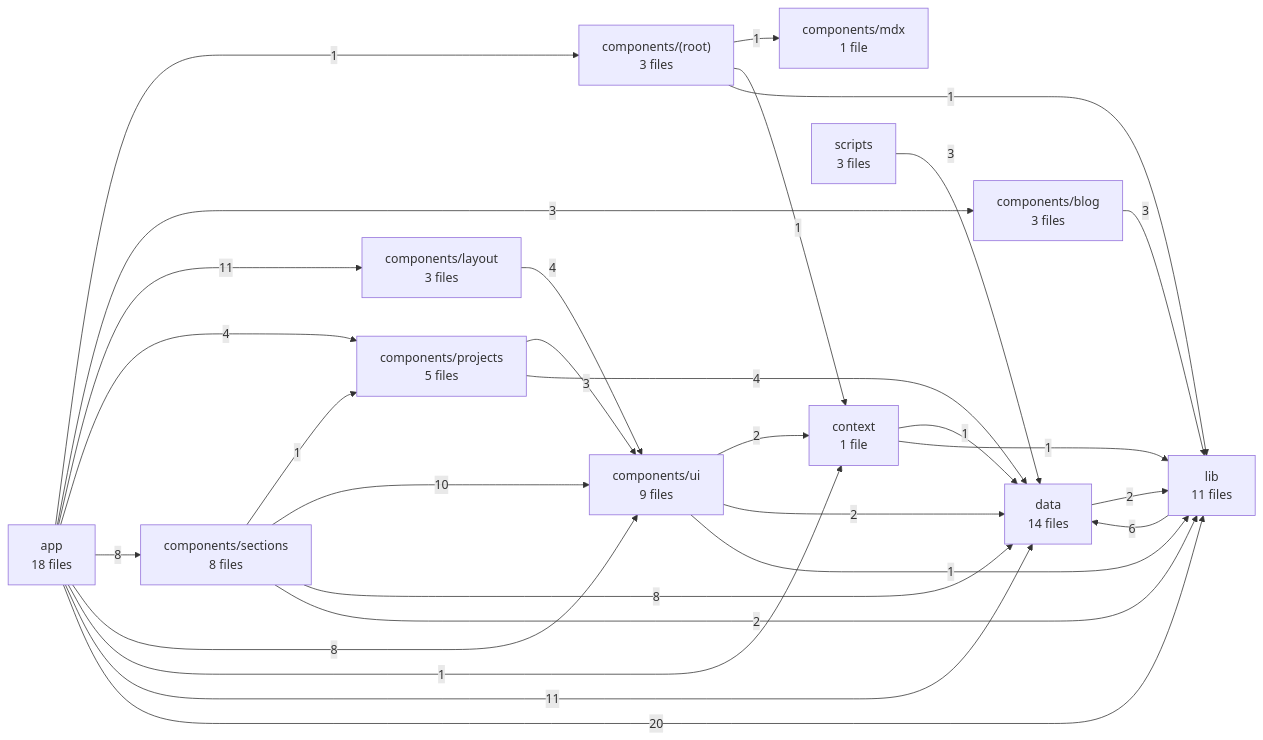
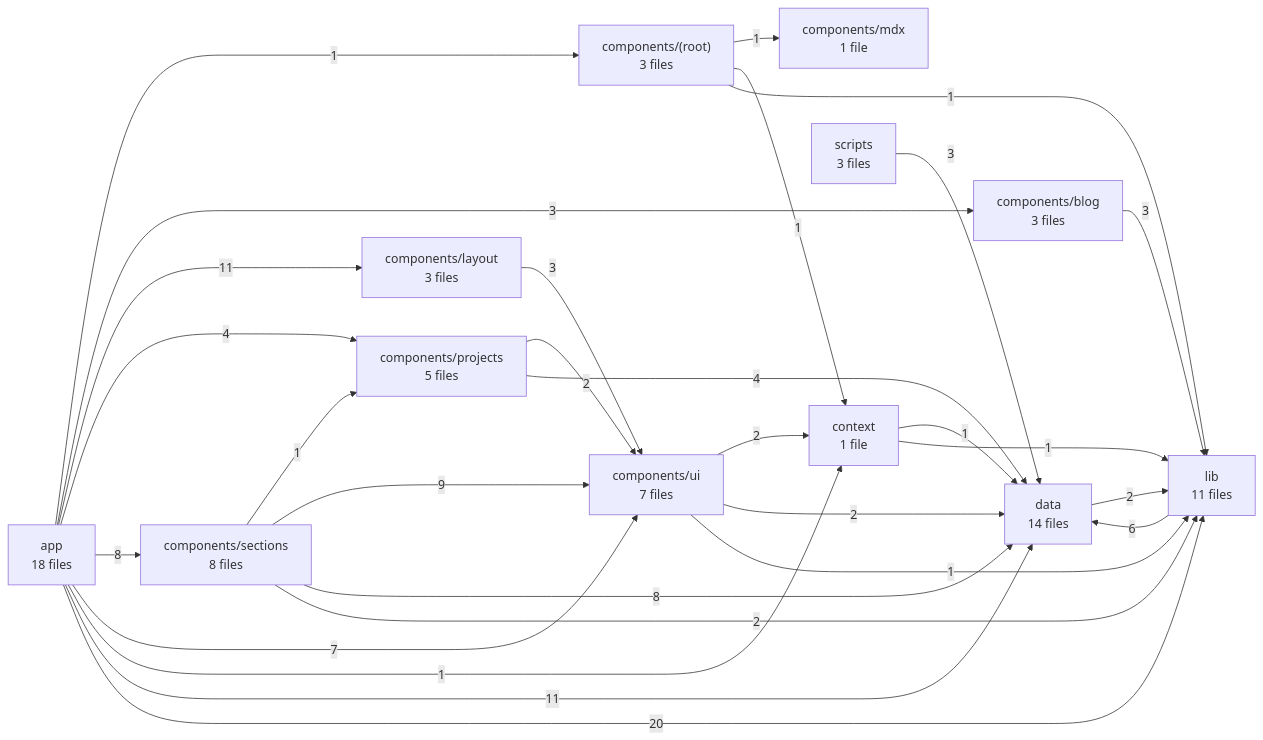
Before and after one commit to muzammil5539/portfolio: the first of 4 diagrams in docs/architecture.md, drawn with Mermaid. The commit also changed other lines of this file and 12 other files, not shown here.

````diff
--- a/docs/architecture.md
+++ b/docs/architecture.md
@@ -14,43 +14,43 @@
 ```mermaid
 flowchart LR
   app["app<br/>18 files"]
   components__root_["components/(root)<br/>3 files"]
   components_blog["components/blog<br/>3 files"]
   components_layout["components/layout<br/>3 files"]
   components_mdx["components/mdx<br/>1 file"]
   components_projects["components/projects<br/>5 files"]
   components_sections["components/sections<br/>8 files"]
-  components_ui["components/ui<br/>9 files"]
+  components_ui["components/ui<br/>7 files"]
   context["context<br/>1 file"]
   data["data<br/>14 files"]
   lib["lib<br/>11 files"]
   scripts["scripts<br/>3 files"]
   app -->|1| components__root_
   app -->|3| components_blog
   app -->|11| components_layout
   app -->|4| components_projects
   app -->|8| components_sections
-  app -->|8| components_ui
+  app -->|7| components_ui
   app -->|1| context
   app -->|11| data
   app -->|20| lib
   components__root_ -->|1| components_mdx
   components__root_ -->|1| context
   components__root_ -->|1| lib
   components_blog -->|3| lib
-  components_layout -->|4| components_ui
-  components_projects -->|3| components_ui
+  components_layout -->|3| components_ui
+  components_projects -->|2| components_ui
   components_projects -->|4| data
   components_sections -->|1| components_projects
-  components_sections -->|10| components_ui
+  components_sections -->|9| components_ui
   components_sections -->|8| data
   components_sections -->|2| lib
   components_ui -->|2| context
   components_ui -->|2| data
   components_ui -->|1| lib
   context -->|1| data
   context -->|1| lib
   data -->|2| lib
   lib -->|6| data
   scripts -->|3| data
 ```
````
